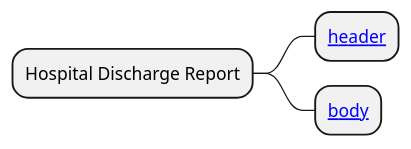
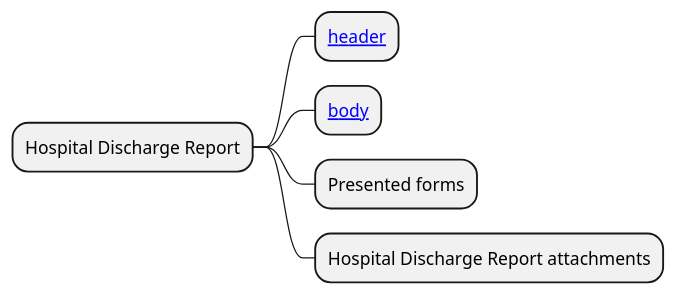
One commit to HonzaNecas/hdr-cz changed the diagram in input/images-source/hdr-mindmap.plantuml. Above: the diagram before and after it, drawn with PlantUML. The commit also changed 27 other files, not shown here.

```diff
--- a/input/images-source/hdr-mindmap.plantuml
+++ b/input/images-source/hdr-mindmap.plantuml
@@ -1,5 +1,7 @@
 @startmindmap
 * Hospital Discharge Report
 ** [[#header header]]
 ** [[#body body]]
+** Presented forms
+** Hospital Discharge Report attachments
 @endmindmap
```
